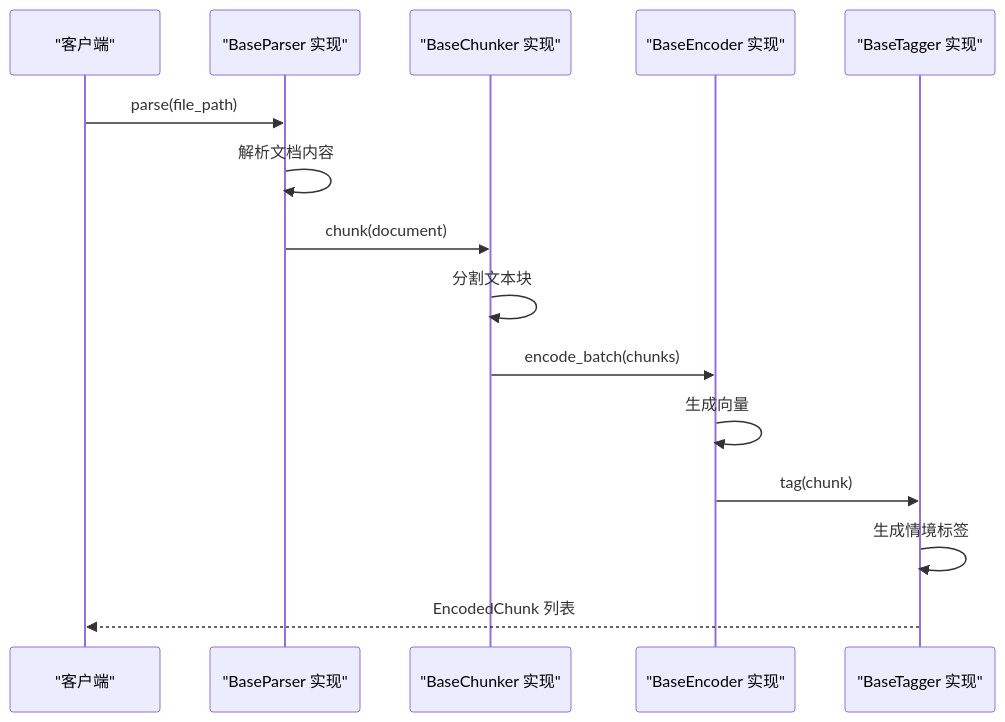
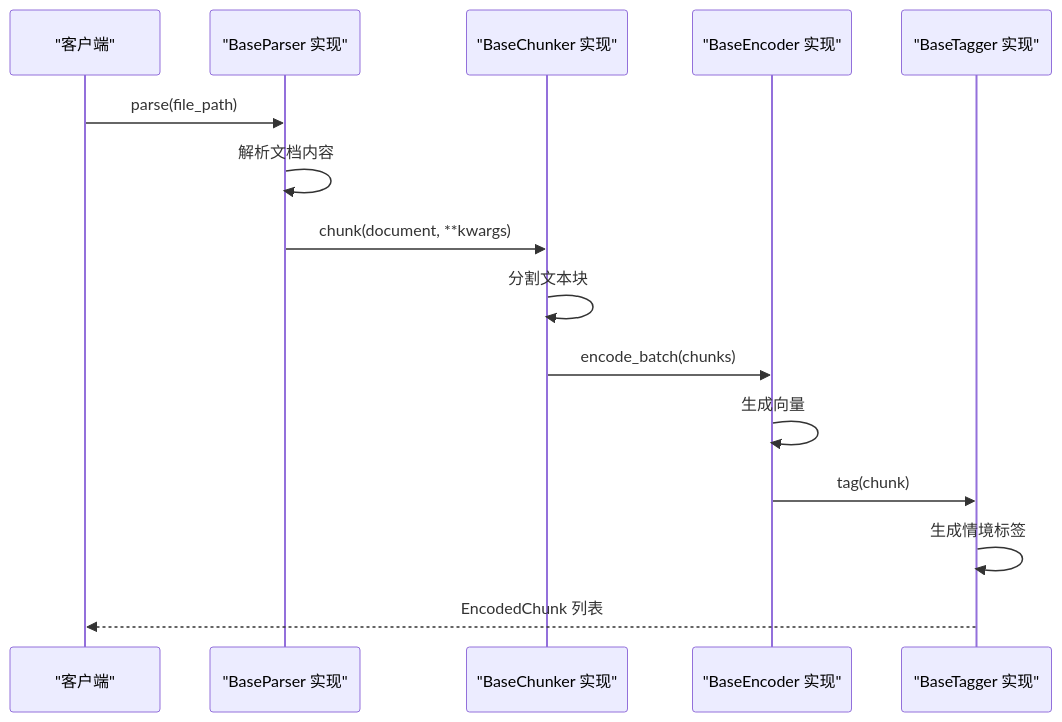
The fifth of 13 diagrams in .qoder/repowiki/zh/content/核心架构设计/抽象基类设计.md (JieGaoPrinceton/NecoRAG), drawn with Mermaid before and after one commit. The commit also changed other lines of this file and 12 other files, not shown here.

````diff
--- a/.qoder/repowiki/zh/content/核心架构设计/抽象基类设计.md
+++ b/.qoder/repowiki/zh/content/核心架构设计/抽象基类设计.md
@@ -493,17 +547,17 @@
 ```mermaid
 sequenceDiagram
 participant Client as "客户端"
 participant Parser as "BaseParser 实现"
 participant Chunker as "BaseChunker 实现"
 participant Encoder as "BaseEncoder 实现"
 participant Tagger as "BaseTagger 实现"
 Client->>Parser : parse(file_path)
 Parser->>Parser : 解析文档内容
-Parser->>Chunker : chunk(document)
+Parser->>Chunker : chunk(document, **kwargs)
 Chunker->>Chunker : 分割文本块
 Chunker->>Encoder : encode_batch(chunks)
 Encoder->>Encoder : 生成向量
 Encoder->>Tagger : tag(chunk)
 Tagger->>Tagger : 生成情境标签
 Tagger-->>Client : EncodedChunk 列表
 ```
````
